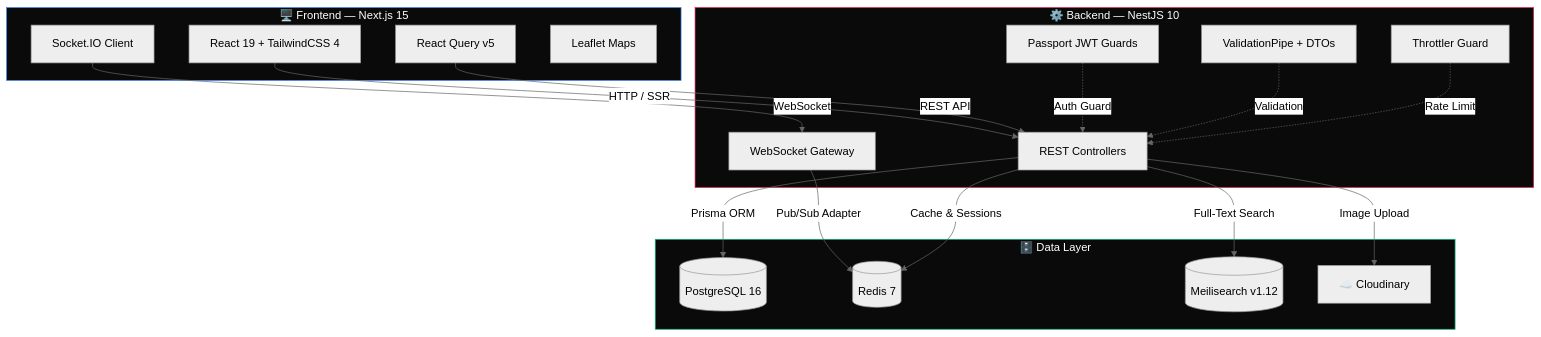
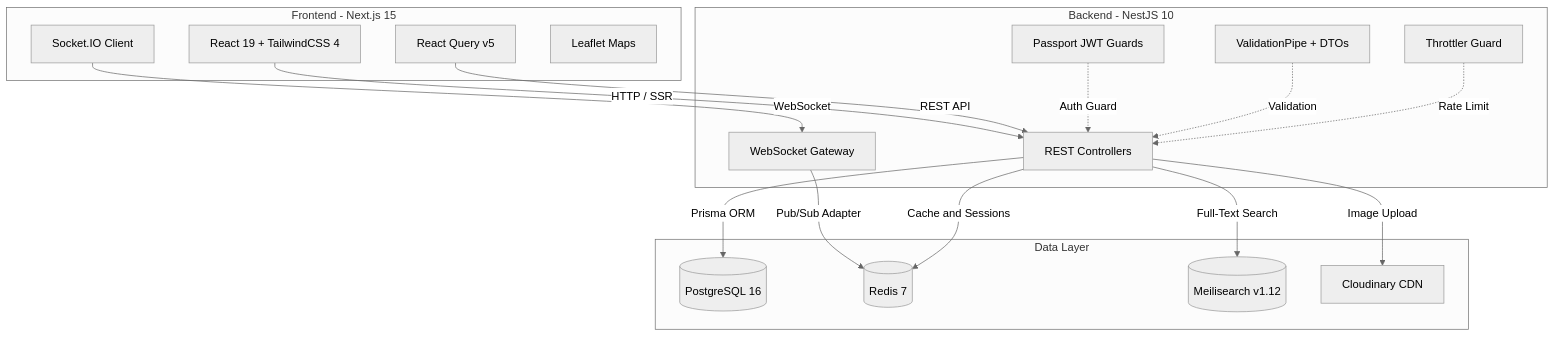
One commit to Mahmoud997s/SouqOne changed the first of 4 diagrams in README.md. Above: the diagram before and after it, drawn with Mermaid (neutral theme). The commit also changed other lines of this file, not shown here.

Commit message:
fix: remove emojis and style directives from Mermaid diagrams for GitHub compatibility

````diff
--- a/README.md
+++ b/README.md
@@ -126,40 +126,36 @@
 ```mermaid
 graph TD
-    subgraph Client["🖥️ Frontend — Next.js 15"]
+    subgraph Client["Frontend - Next.js 15"]
         A[React 19 + TailwindCSS 4]
         B[React Query v5]
         C[Socket.IO Client]
         D[Leaflet Maps]
     end
 
-    subgraph API["⚙️ Backend — NestJS 10"]
+    subgraph API["Backend - NestJS 10"]
         E[REST Controllers]
         F[WebSocket Gateway]
         G[Passport JWT Guards]
         H[ValidationPipe + DTOs]
         I[Throttler Guard]
     end
 
-    subgraph Data["🗄️ Data Layer"]
+    subgraph Data["Data Layer"]
         J[(PostgreSQL 16)]
         K[(Redis 7)]
         L[(Meilisearch v1.12)]
-        M[☁️ Cloudinary]
+        M[Cloudinary CDN]
     end
 
     A -->|HTTP / SSR| E
     B -->|REST API| E
     C -->|WebSocket| F
     E -->|Prisma ORM| J
     F -->|Pub/Sub Adapter| K
-    E -->|Cache & Sessions| K
+    E -->|Cache and Sessions| K
     E -->|Full-Text Search| L
     E -->|Image Upload| M
     G -.->|Auth Guard| E
     H -.->|Validation| E
     I -.->|Rate Limit| E
-
-    style Client fill:#0a0a0a,stroke:#3b82f6,color:#fff
-    style API fill:#0a0a0a,stroke:#e0234e,color:#fff
-    style Data fill:#0a0a0a,stroke:#10b981,color:#fff
 ```
````
